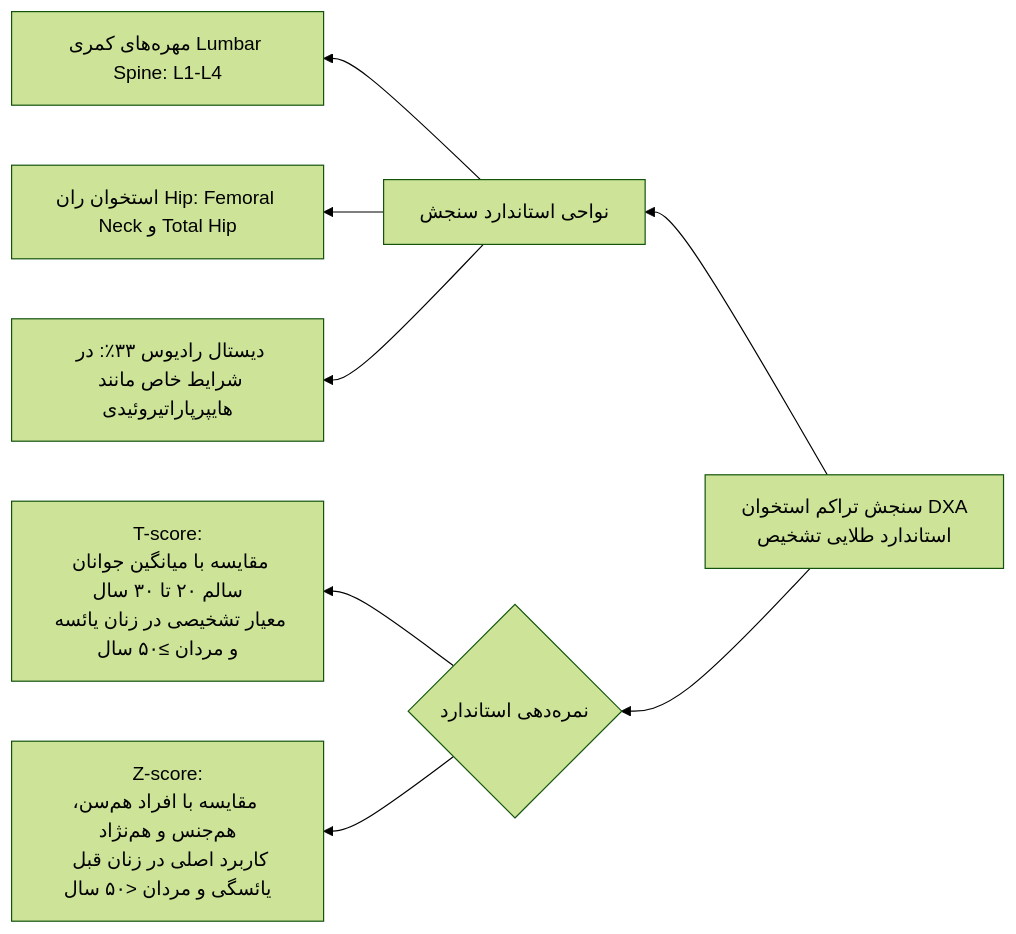
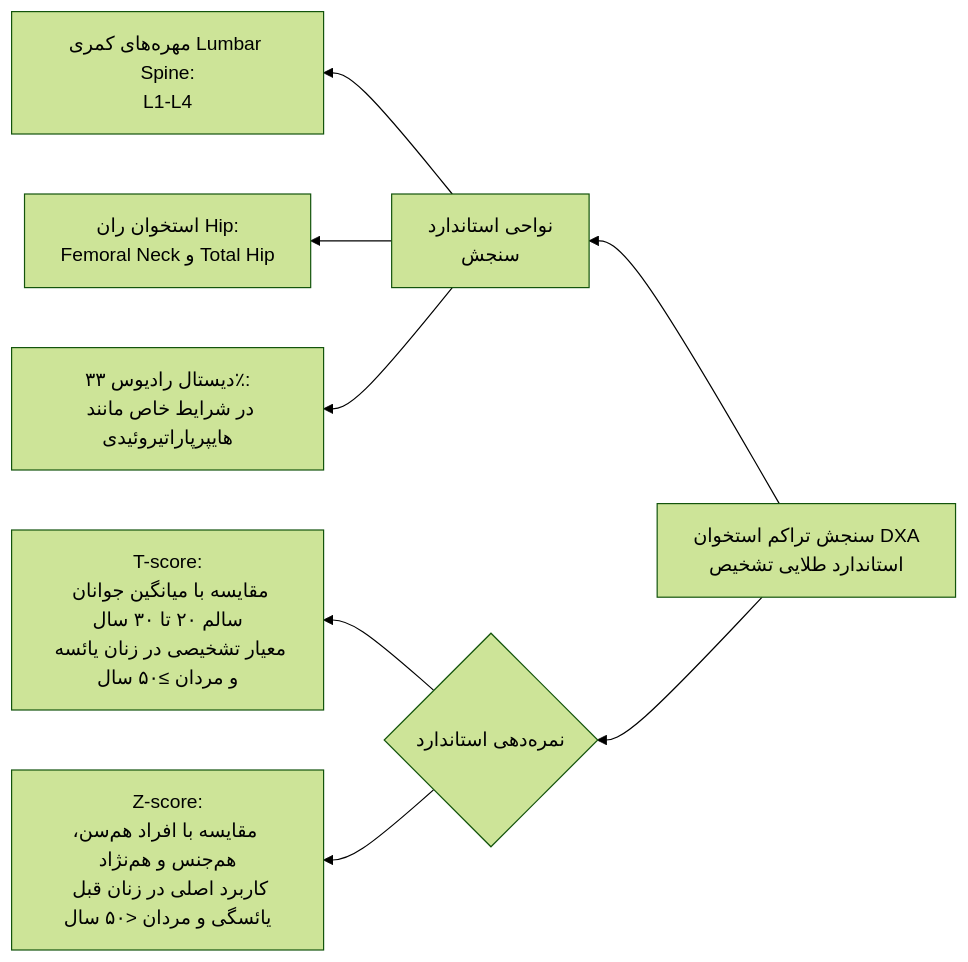
One commit to neopulse-hub/TUMS-1402-1-neo changed the fourth of 7 diagrams in 07/مبانی غدد/متابولیسم استخوان.md. Above: the diagram before and after it, drawn with Mermaid (forest theme). The commit also changed other lines of this file, not shown here.

Commit message:
Update متابولیسم استخوان.md

````diff
--- a/07/مبانی غدد/متابولیسم استخوان.md
+++ b/07/مبانی غدد/متابولیسم استخوان.md
@@ -175,11 +179,14 @@
 ```mermaid
 flowchart RL
-    DXA[سنجش تراکم استخوان DXA<br>استاندارد طلایی تشخیص] --> Sites[نواحی استاندارد سنجش]
-    Sites --> S1[مهره‌های کمری Lumbar Spine: L1-L4]
-    Sites --> S2[استخوان ران Hip: Femoral Neck و Total Hip]
-    Sites --> S3[دیستال رادیوس ۳۳٪: در شرایط خاص مانند هایپرپاراتیروئیدی]
 
-    DXA --> Scores{نمره‌دهی استاندارد}
-    Scores --> TScore[T-score:<br>مقایسه با میانگین جوانان سالم ۲۰ تا ۳۰ سال<br>معیار تشخیصی در زنان یائسه و مردان ≥۵۰ سال]
-    Scores --> ZScore[Z-score:<br>مقایسه با افراد هم‌سن، هم‌جنس و هم‌نژاد<br>کاربرد اصلی در زنان قبل یائسگی و مردان <۵۰ سال]
+DXA[سنجش تراکم استخوان DXA<br>استاندارد طلایی تشخیص] --> Sites[نواحی استاندارد<br>سنجش]
+
+Sites --> S1[مهره‌های کمری Lumbar Spine:<br>L1-L4]
+
+Sites --> S2[استخوان ران Hip:<br>Femoral Neck و Total Hip]
+
+Sites --> S3[دیستال رادیوس ۳۳٪:<br>در شرایط خاص مانند هایپرپاراتیروئیدی]
+DXA --> Scores{نمره‌دهی استاندارد}
+Scores --> TScore[T-score:<br>مقایسه با میانگین جوانان سالم ۲۰ تا ۳۰ سال<br>معیار تشخیصی در زنان یائسه و مردان ≥۵۰ سال]
+Scores --> ZScore[Z-score:<br>مقایسه با افراد هم‌سن، هم‌جنس و هم‌نژاد<br>کاربرد اصلی در زنان قبل یائسگی و مردان <۵۰ سال]
 ```
````
